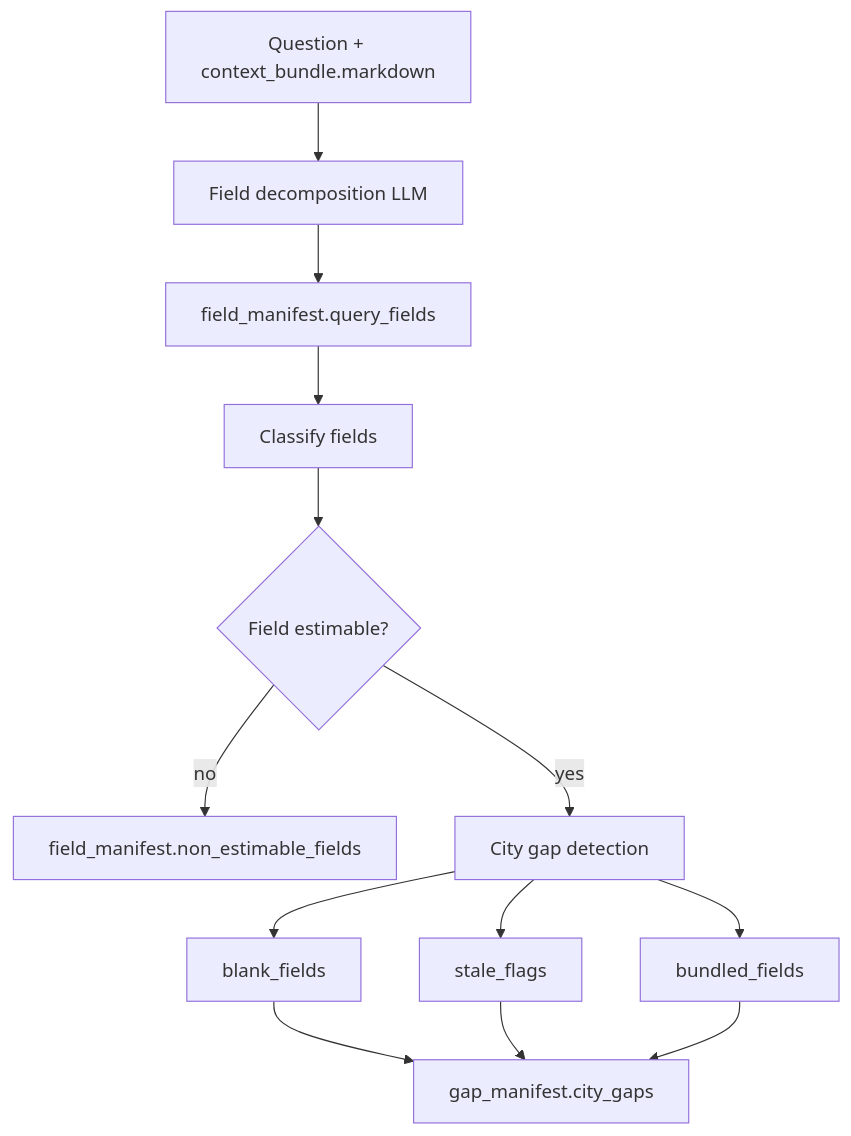
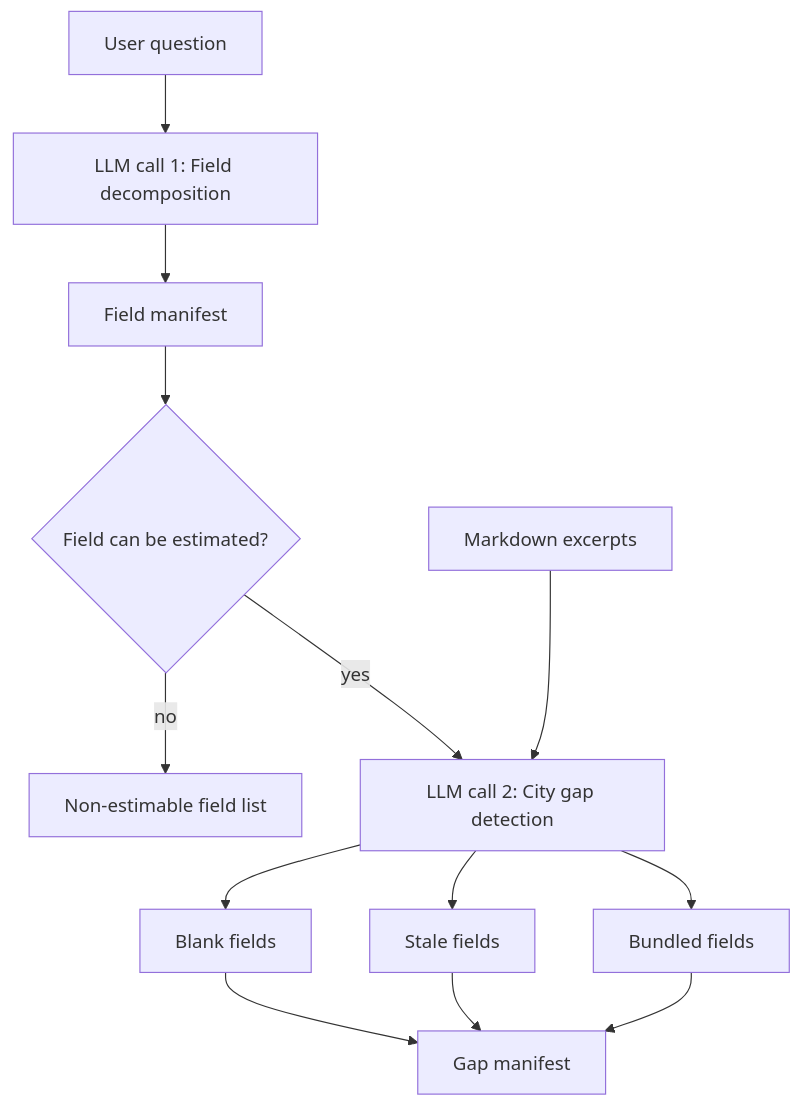
One commit to Open-Earth-Foundation/Query_mechanism_urbind changed the diagram in docs/pipeline/06_gap-analysis.md. Above: the diagram before and after it, drawn with Mermaid. The commit also changed other lines of this file and 7 other files, not shown here.

````diff
--- a/docs/pipeline/06_gap-analysis.md
+++ b/docs/pipeline/06_gap-analysis.md
@@ -14,15 +16,15 @@
 ```mermaid
 flowchart TD
-    A[Question + context_bundle.markdown] --> B[Field decomposition LLM]
-    B --> C[field_manifest.query_fields]
-    C --> D[Classify fields]
-    D --> E{Field estimable?}
-    E -- no --> F[field_manifest.non_estimable_fields]
-    E -- yes --> G[City gap detection]
-    G --> H[blank_fields]
-    G --> I[stale_flags]
-    G --> J[bundled_fields]
-    H --> K[gap_manifest.city_gaps]
+    A[User question] --> B[LLM call 1: Field decomposition]
+    B --> C[Field manifest]
+    C --> D{Field can be estimated?}
+    D -- no --> E[Non-estimable field list]
+    D -- yes --> F[LLM call 2: City gap detection]
+    G[Markdown excerpts] --> F
+    F --> H[Blank fields]
+    F --> I[Stale fields]
+    F --> J[Bundled fields]
+    H --> K[Gap manifest]
     I --> K
     J --> K
 ```
````
